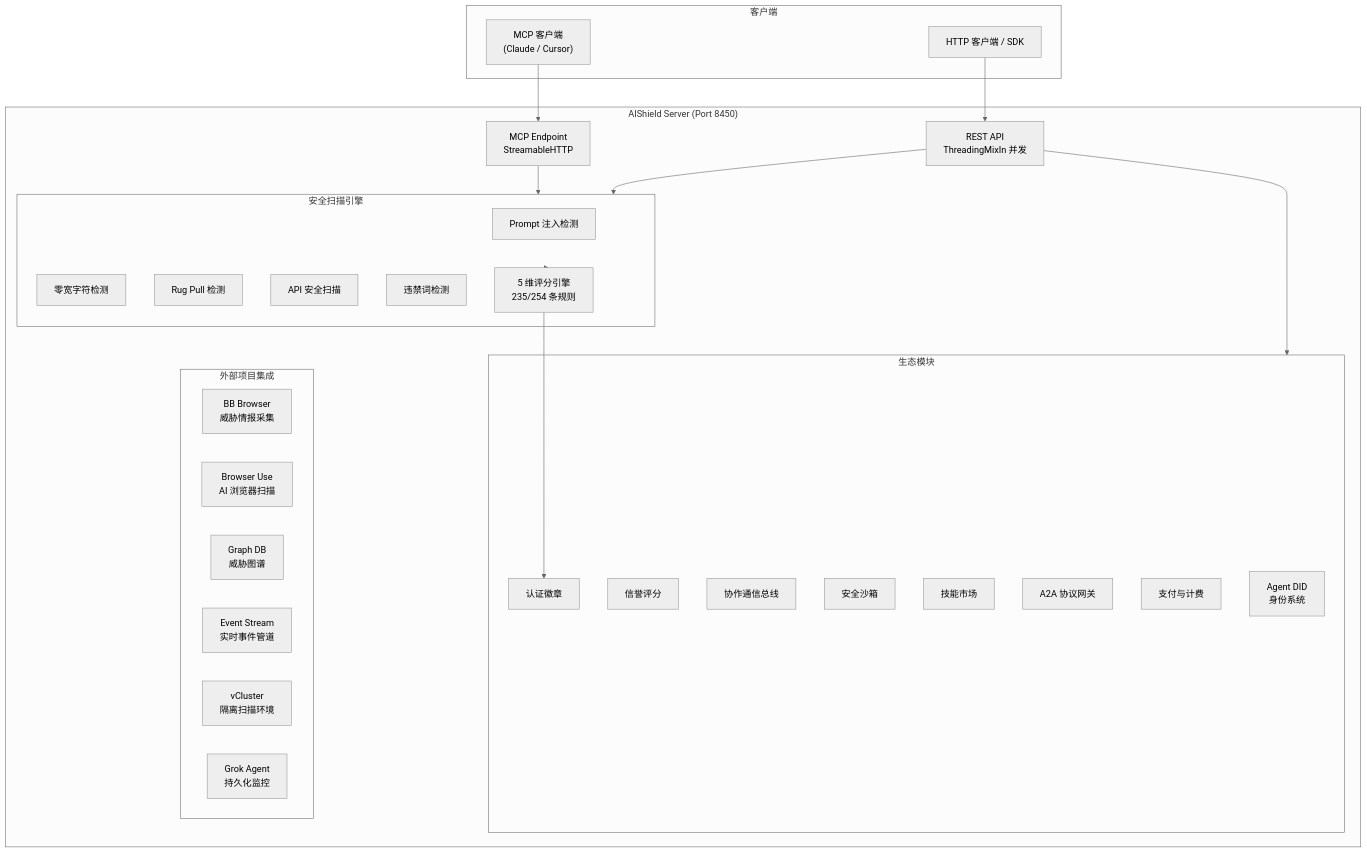
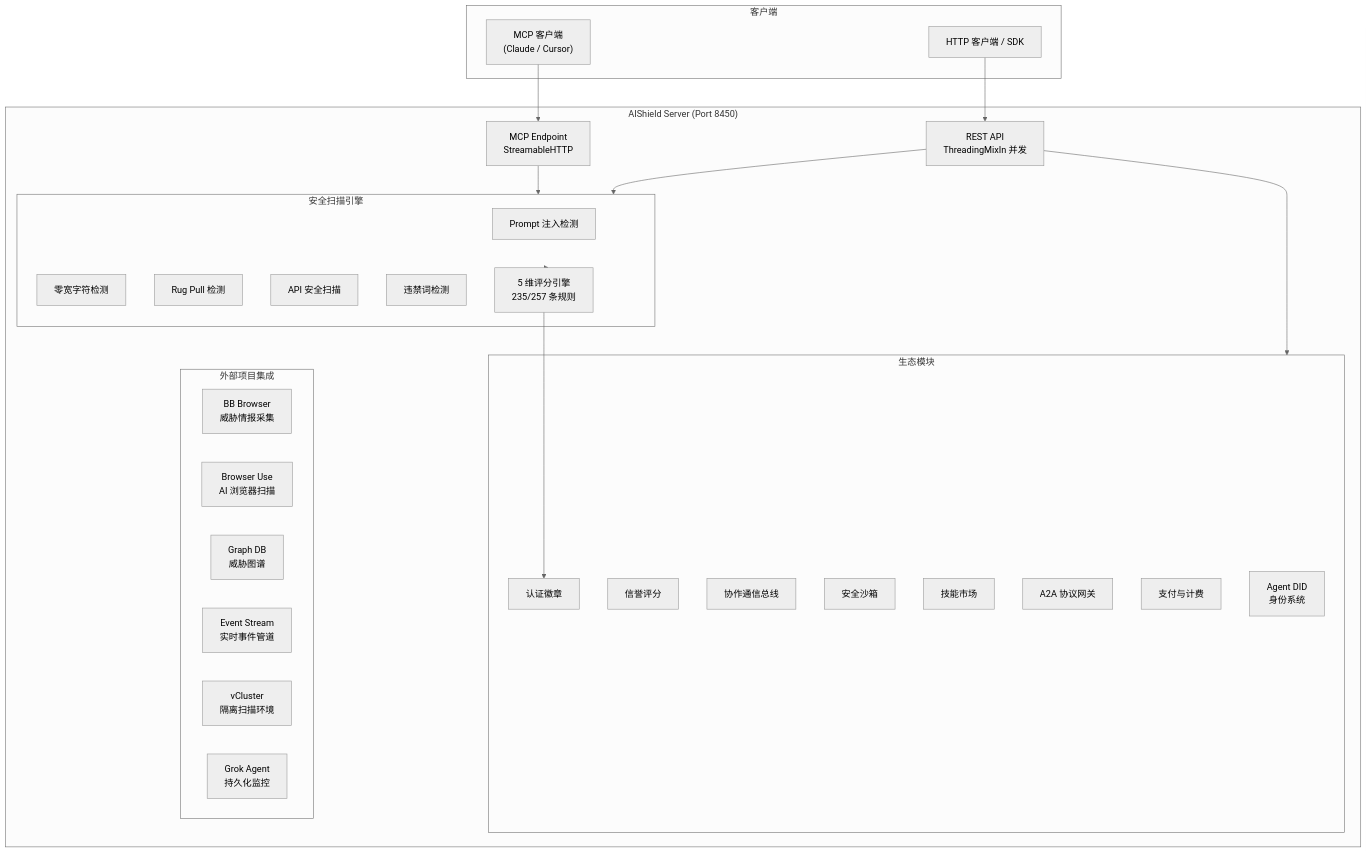
The diagram in README.md (actions-marketplace-validations/lm203688_aishield), drawn with Mermaid (neutral theme) before and after one commit. The commit also changed other lines of this file and 7 other files, not shown here.

````diff
--- a/README.md
+++ b/README.md
@@ -297,49 +297,49 @@
 ```mermaid
 graph TB
     subgraph Clients["客户端"]
         MCP["MCP 客户端<br/>(Claude / Cursor)"]
         SDK["HTTP 客户端 / SDK"]
     end
 
     subgraph Server["AIShield Server (Port 8450)"]
         API["REST API<br/>ThreadingMixIn 并发"]
         MCPE["MCP Endpoint<br/>StreamableHTTP"]
 
         subgraph Scanner["安全扫描引擎"]
             PE["Prompt 注入检测"]
             MW["零宽字符检测"]
             RP["Rug Pull 检测"]
             AS["API 安全扫描"]
             BW["违禁词检测"]
-            SC["5 维评分引擎<br/>235/254 条规则"]
+            SC["5 维评分引擎<br/>235/257 条规则"]
         end
 
         subgraph Eco["生态模块"]
             ID["Agent DID<br/>身份系统"]
             RP2["信誉评分"]
             CO["协作通信总线"]
             SB["安全沙箱"]
             MK["技能市场"]
             A2A["A2A 协议网关"]
             PAY["支付与计费"]
             BD["认证徽章"]
         end
 
         subgraph Integrations["外部项目集成"]
             BB["BB Browser<br/>威胁情报采集"]
             BU["Browser Use<br/>AI 浏览器扫描"]
             GDB["Graph DB<br/>威胁图谱"]
             ES["Event Stream<br/>实时事件管道"]
             VC["vCluster<br/>隔离扫描环境"]
             GA["Grok Agent<br/>持久化监控"]
         end
     end
 
     MCP --> MCPE
     SDK --> API
     MCPE --> Scanner
     API --> Scanner
     API --> Eco
     Scanner --> SC
     SC --> BD
 ```
````
